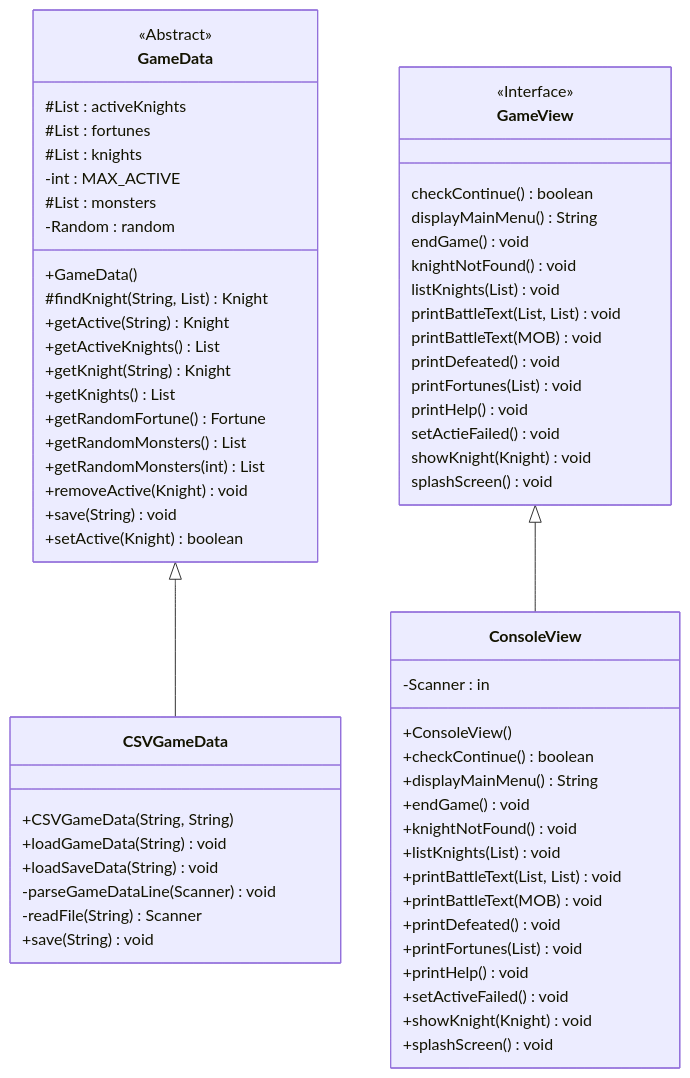
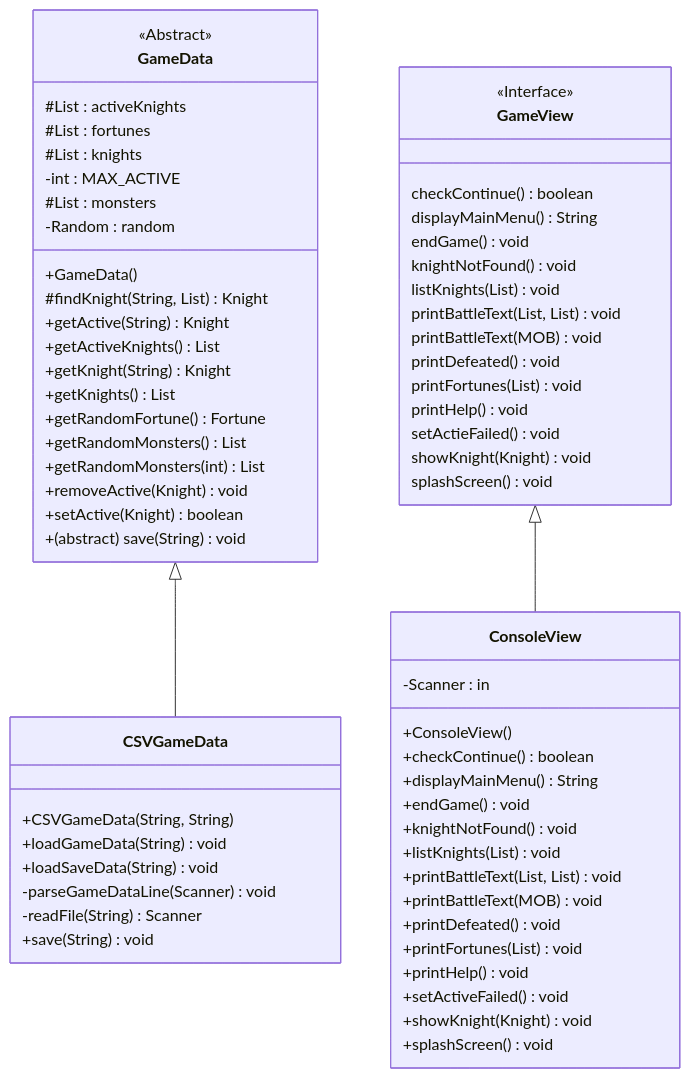
Before and after one commit to CSU-CompSci-CS163-4/PracticalOptionKnightFight: the second of 3 diagrams in uml.md, drawn with Mermaid.

Commit message:
fixed abstract on save notation

````diff
--- a/uml.md
+++ b/uml.md
@@ -83,68 +83,68 @@
 ```mermaid
 classDiagram
 GameData <|-- CSVGameData
 GameView <|-- ConsoleView
 
 class GameData {
     <<Abstract>>
     #List<Knight> : activeKnights
     #List<Fortune> : fortunes
     #List<Knight> : knights
     -int : MAX_ACTIVE
     #List<MOB> : monsters
     -Random : random
     +GameData()
     #findKnight(String, List<Knight>) Knight
     +getActive(String) Knight
     +getActiveKnights() List<Knight>
     +getKnight(String) Knight
     +getKnights() List<Knight>
     +getRandomFortune() Fortune
     +getRandomMonsters() List<MOB>
     +getRandomMonsters(int) List<MOB>
     +removeActive(Knight) void
-    +save(String) void
     +setActive(Knight) boolean
+    +(abstract) save(String) void
 }
 class GameView {
     <<Interface>>
     checkContinue() boolean
     displayMainMenu() String
     endGame() void
     knightNotFound() void
     listKnights(List<Knight>) void
     printBattleText(List<MOB>, List<Knight>) void
     printBattleText(MOB) void
     printDefeated() void
     printFortunes(List<Knight>) void
     printHelp() void
     setActieFailed() void
     showKnight(Knight) void
     splashScreen() void
 }
 class ConsoleView {
     -Scanner : in
     +ConsoleView()
     +checkContinue() boolean
     +displayMainMenu() String
     +endGame() void
     +knightNotFound() void
     +listKnights(List<Knight>) void
     +printBattleText(List<MOB>, List<Knight>) void
     +printBattleText(MOB) void
     +printDefeated() void
     +printFortunes(List<Knight>) void
     +printHelp() void
     +setActiveFailed() void
     +showKnight(Knight) void
     +splashScreen() void
 }
 class CSVGameData {
     +CSVGameData(String, String)
     +loadGameData(String) void
     +loadSaveData(String) void
     -parseGameDataLine(Scanner) void
     -readFile(String) Scanner
     +save(String) void
 }
 ```
````
